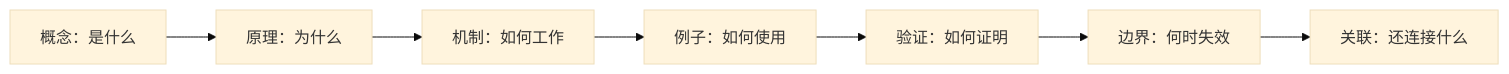
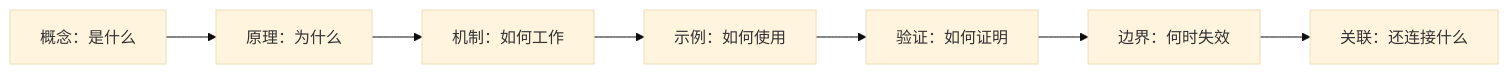
One commit to ilikui/Notes changed the second of 2 diagrams in pages/知识库导航.md. Above: the diagram before and after it, drawn with Mermaid (base theme). The commit also changed other lines of this file and 11 other files, not shown here.

````diff
--- a/pages/知识库导航.md
+++ b/pages/知识库导航.md
@@ -64,9 +66,9 @@
 ```mermaid
 flowchart LR
     A[概念：是什么] --> B[原理：为什么]
     B --> C[机制：如何工作]
-    C --> D[例子：如何使用]
+    C --> D[示例：如何使用]
     D --> E[验证：如何证明]
     E --> F[边界：何时失效]
     F --> G[关联：还连接什么]
 ```
````
